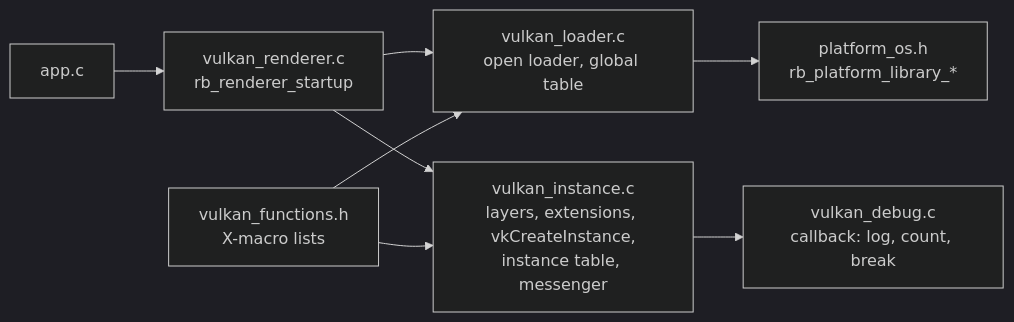
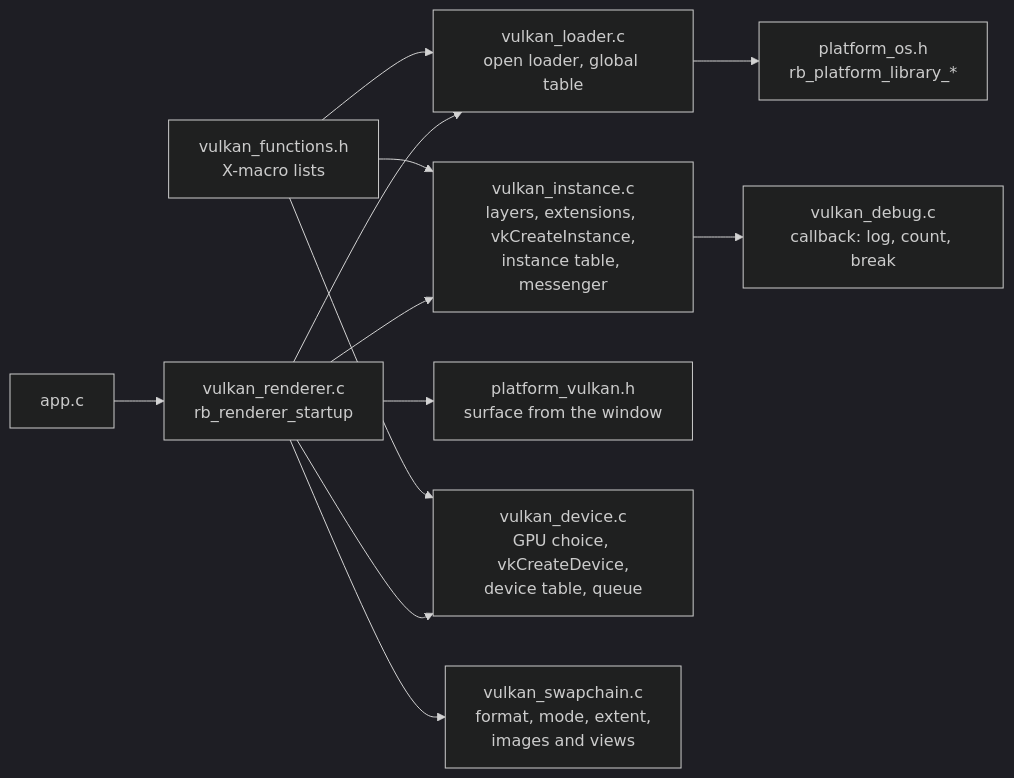
One commit to aski97/reborn-engine changed the diagram in docs/features/renderer.md. Above: the diagram before and after it, drawn with Mermaid (dark theme). The commit also changed other lines of this file and 29 other files, not shown here.

First line of the commit message:
feat(renderer): add surface, GPU choice, device and swapchain

````diff
--- a/docs/features/renderer.md
+++ b/docs/features/renderer.md
@@ -40,10 +54,14 @@
 ```mermaid
 flowchart LR
     APP["app.c"] --> R["vulkan_renderer.c<br/>rb_renderer_startup"]
     R --> L["vulkan_loader.c<br/>open loader, global table"]
     R --> I["vulkan_instance.c<br/>layers, extensions, vkCreateInstance,<br/>instance table, messenger"]
     I --> D["vulkan_debug.c<br/>callback: log, count, break"]
+    R --> S["platform_vulkan.h<br/>surface from the window"]
+    R --> DEV["vulkan_device.c<br/>GPU choice, vkCreateDevice,<br/>device table, queue"]
+    R --> SC["vulkan_swapchain.c<br/>format, mode, extent,<br/>images and views"]
     L --> P["platform_os.h<br/>rb_platform_library_*"]
     F["vulkan_functions.h<br/>X-macro lists"] --> L
     F --> I
+    F --> DEV
 ```
````
